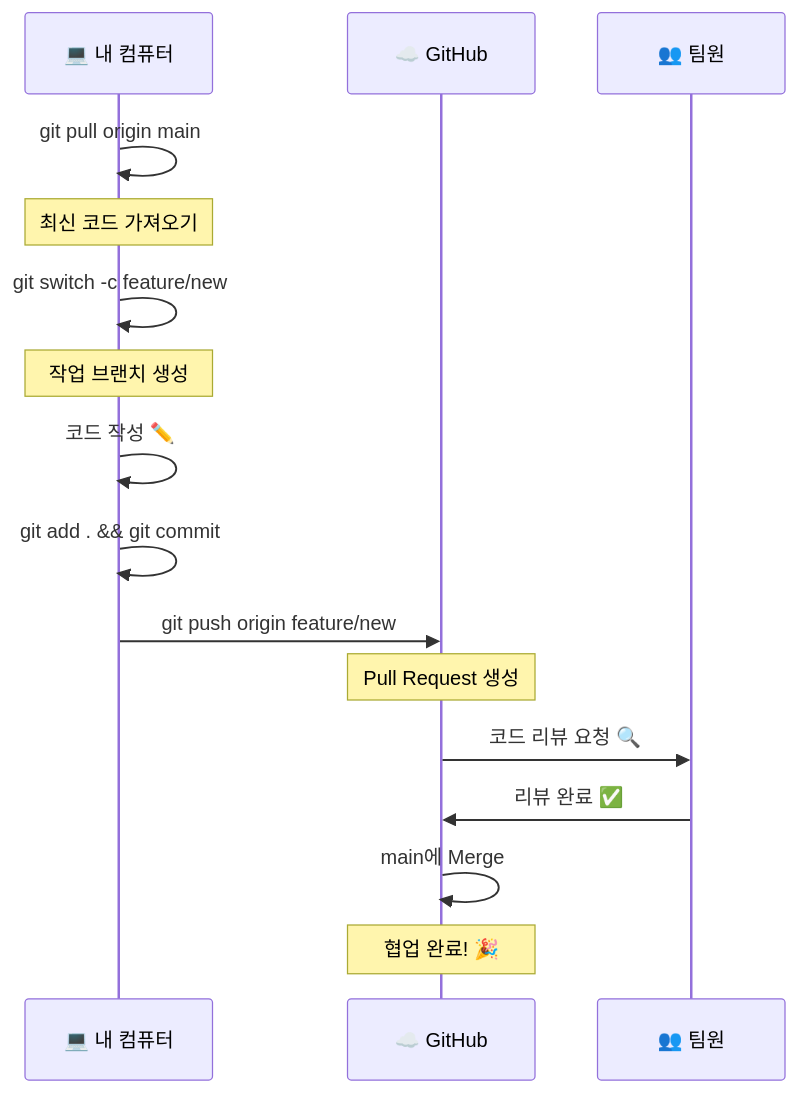
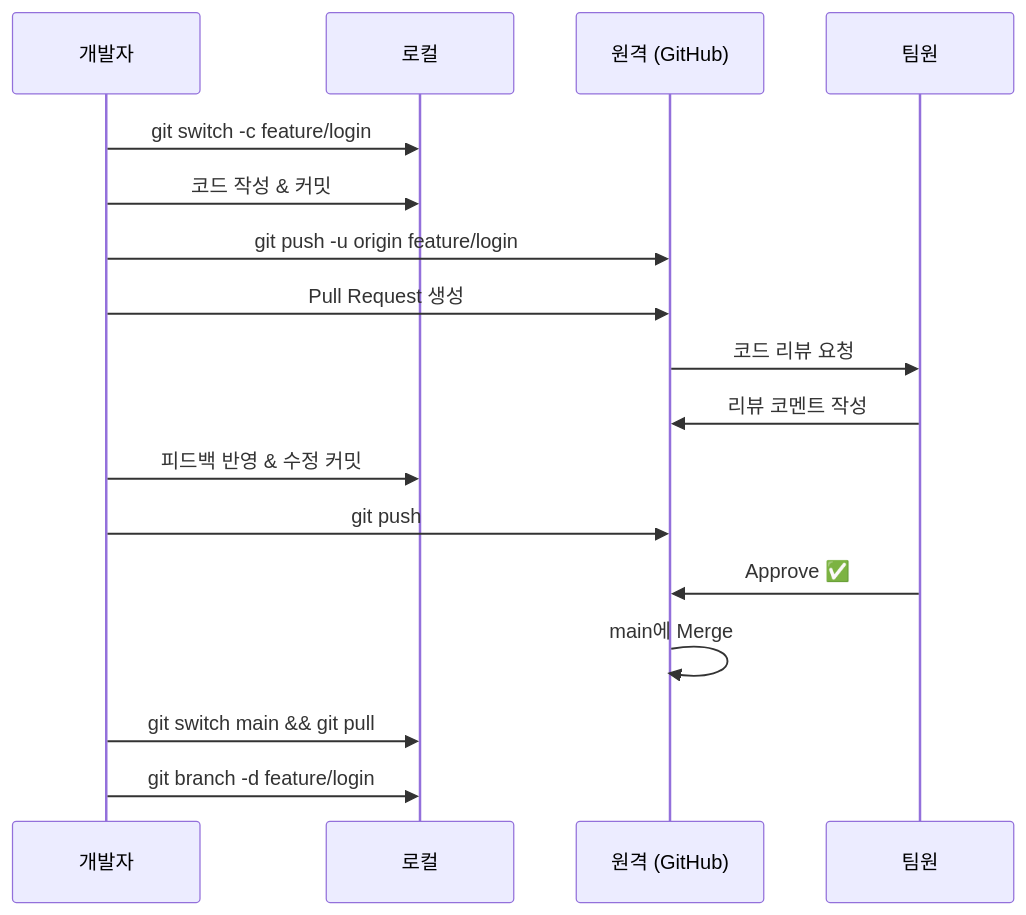
Before and after one commit to lee6147/RROO: the fourth of 4 diagrams in README.md, drawn with Mermaid. The commit also changed other lines of this file, not shown here.

````diff
--- a/README.md
+++ b/README.md
@@ -964,24 +1080,20 @@
 ```mermaid
 sequenceDiagram
-    participant L as 💻 내 컴퓨터
-    participant G as ☁️ GitHub
-    participant R as 👥 팀원
-    
-    L->>L: git pull origin main
-    Note over L: 최신 코드 가져오기
-    
-    L->>L: git switch -c feature/new
-    Note over L: 작업 브랜치 생성
-    
-    L->>L: 코드 작성 ✏️
-    L->>L: git add . && git commit
-    
-    L->>G: git push origin feature/new
-    Note over G: Pull Request 생성
-    
-    G->>R: 코드 리뷰 요청 🔍
-    R->>G: 리뷰 완료 ✅
-    
-    G->>G: main에 Merge
-    Note over G: 협업 완료! 🎉
+    participant D as 개발자
+    participant L as 로컬
+    participant R as 원격 (GitHub)
+    participant T as 팀원
+
+    D->>L: git switch -c feature/login
+    D->>L: 코드 작성 & 커밋
+    D->>R: git push -u origin feature/login
+    D->>R: Pull Request 생성
+    R->>T: 코드 리뷰 요청
+    T->>R: 리뷰 코멘트 작성
+    D->>L: 피드백 반영 & 수정 커밋
+    D->>R: git push
+    T->>R: Approve ✅
+    R->>R: main에 Merge
+    D->>L: git switch main && git pull
+    D->>L: git branch -d feature/login
 ```
````
